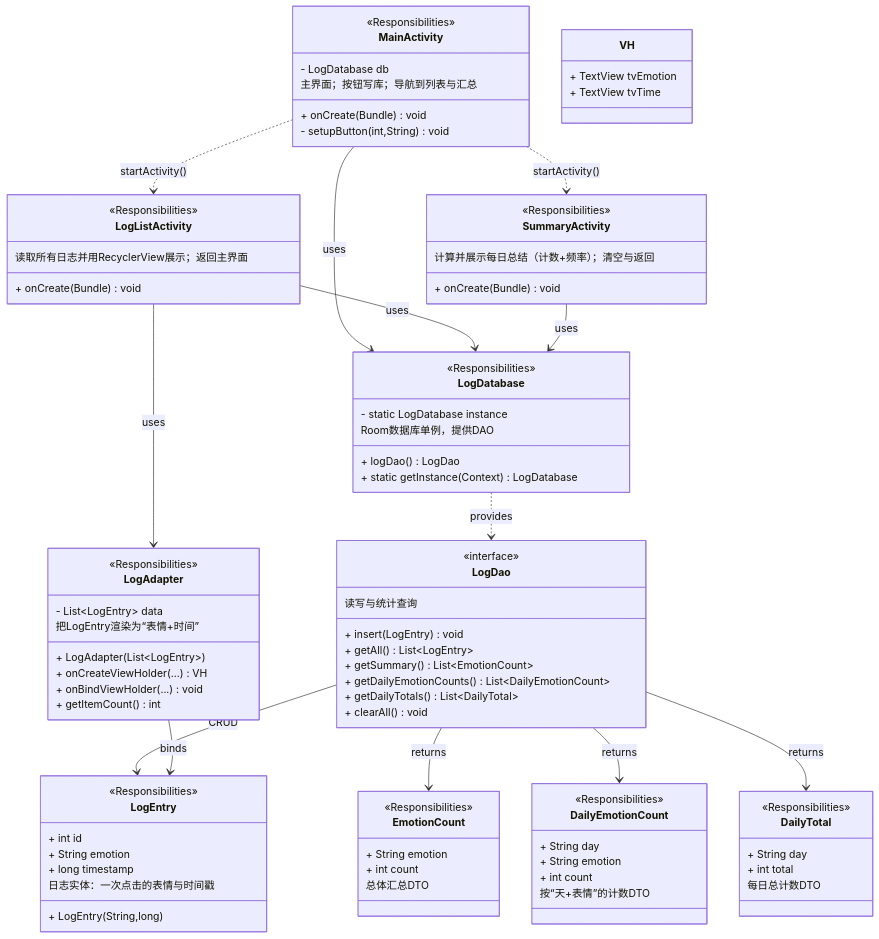
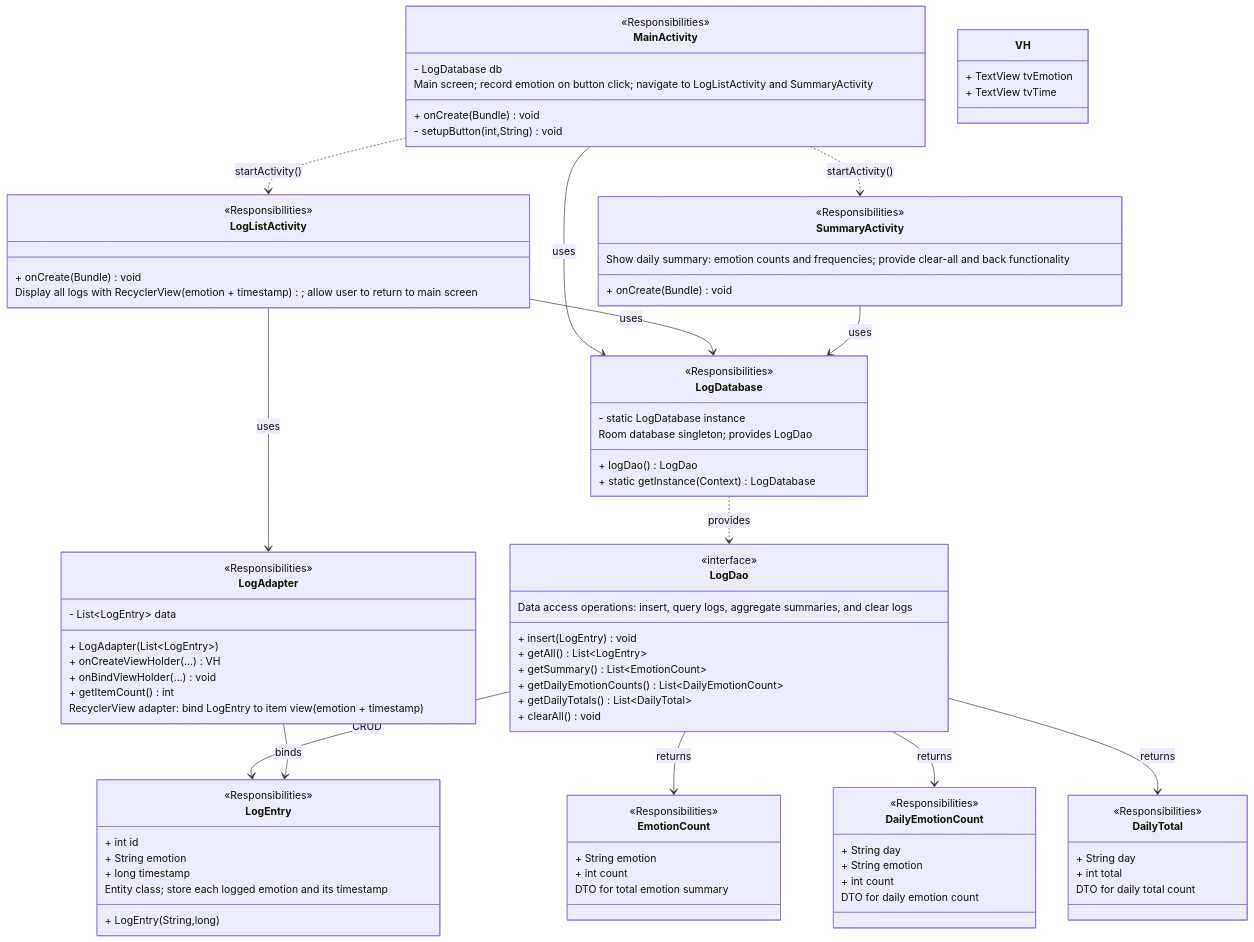
Before and after one commit to AO-L-1001/emotilog-uml: the diagram in docs.mmd, drawn with Mermaid.

```diff
--- a/docs.mmd
+++ b/docs.mmd
@@ -1,102 +1,102 @@
 classDiagram
   class MainActivity{
     - LogDatabase db
     + onCreate(Bundle) void
     - setupButton(int,String) void
     <<Responsibilities>>
-    主界面；按钮写库；导航到列表与汇总
+    Main screen; record emotion on button click; navigate to LogListActivity and SummaryActivity
   }
 
   class LogListActivity{
     + onCreate(Bundle) void
     <<Responsibilities>>
-    读取所有日志并用RecyclerView展示；返回主界面
+    Display all logs with RecyclerView (emotion + timestamp); allow user to return to main screen
   }
 
   class SummaryActivity{
     + onCreate(Bundle) void
     <<Responsibilities>>
-    计算并展示每日总结（计数+频率）；清空与返回
+    Show daily summary: emotion counts and frequencies; provide clear-all and back functionality
   }
 
   class LogEntry{
     + int id
     + String emotion
     + long timestamp
     + LogEntry(String,long)
     <<Responsibilities>>
-    日志实体：一次点击的表情与时间戳
+    Entity class; store each logged emotion and its timestamp
   }
 
   class LogDao{
     <<interface>>
     + insert(LogEntry) void
     + getAll() List~LogEntry~
     + getSummary() List~EmotionCount~
     + getDailyEmotionCounts() List~DailyEmotionCount~
     + getDailyTotals() List~DailyTotal~
     + clearAll() void
     <<Responsibilities>>
-    读写与统计查询
+    Data access operations: insert, query logs, aggregate summaries, and clear logs
   }
 
   class LogDatabase{
     - static LogDatabase instance
     + logDao() LogDao
     + static getInstance(Context) LogDatabase
     <<Responsibilities>>
-    Room数据库单例，提供DAO
+    Room database singleton; provides LogDao
   }
 
   class EmotionCount{
     + String emotion
     + int count
     <<Responsibilities>>
-    总体汇总DTO
+    DTO for total emotion summary
   }
 
   class DailyEmotionCount{
     + String day
     + String emotion
     + int count
     <<Responsibilities>>
-    按“天+表情”的计数DTO
+    DTO for daily emotion count
   }
 
   class DailyTotal{
     + String day
     + int total
     <<Responsibilities>>
-    每日总计数DTO
+    DTO for daily total count
   }
 
   class LogAdapter{
     - List~LogEntry~ data
     + LogAdapter(List~LogEntry~)
     + onCreateViewHolder(...) VH
     + onBindViewHolder(...) void
     + getItemCount() int
     <<Responsibilities>>
-    把LogEntry渲染为“表情+时间”
+    RecyclerView adapter: bind LogEntry to item view (emotion + timestamp)
   }
 
   class VH{
     + TextView tvEmotion
     + TextView tvTime
   }
 
   MainActivity --> LogDatabase : uses
   LogListActivity --> LogDatabase : uses
   SummaryActivity --> LogDatabase : uses
 
   LogDatabase ..> LogDao : provides
   LogDao --> LogEntry : CRUD
   LogDao --> EmotionCount : returns
   LogDao --> DailyEmotionCount : returns
   LogDao --> DailyTotal : returns
 
   LogListActivity --> LogAdapter : uses
   LogAdapter --> LogEntry : binds
 
   MainActivity ..> LogListActivity : startActivity()
   MainActivity ..> SummaryActivity : startActivity()
```
